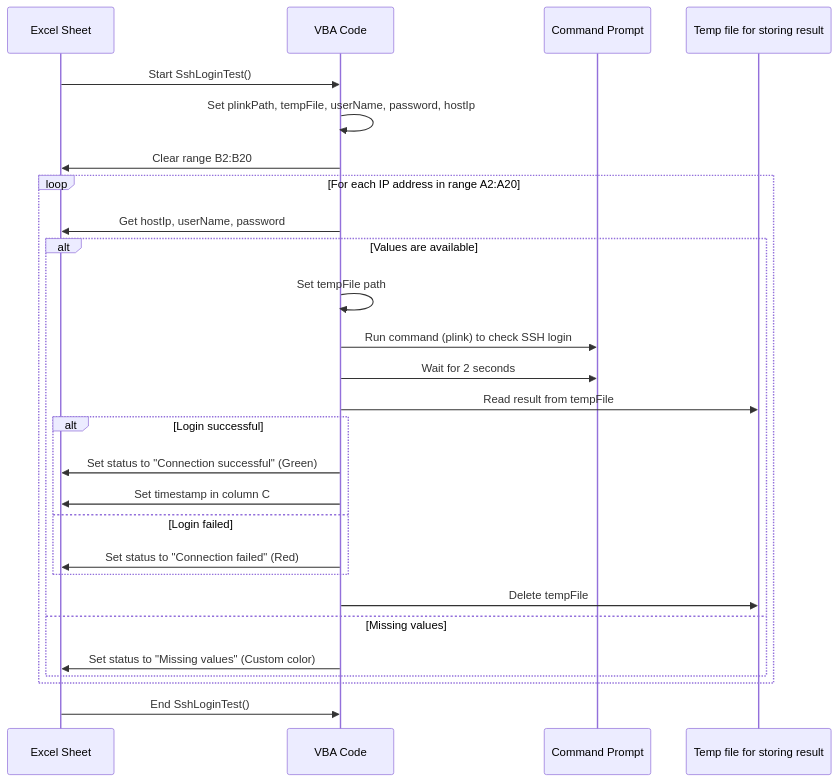
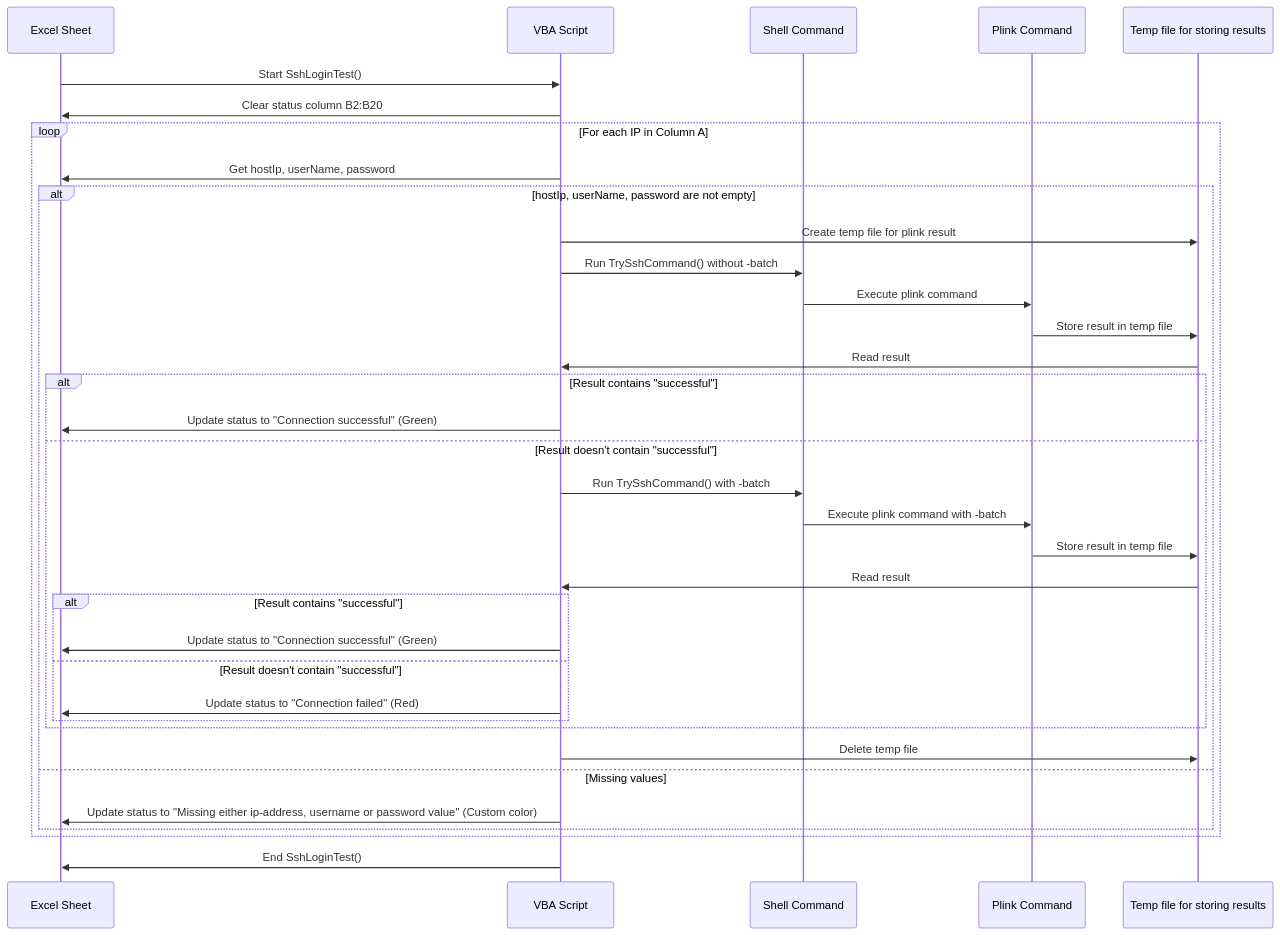
One commit to santhosh2r2/youtube changed the diagram in src/content/docs/general/tips-and-tricks/09-excel-ssh-login-test.mdx. Above: the diagram before and after it, drawn with Mermaid.

Commit message:
[ssh-login] update sequence diagram

````diff
--- a/src/content/docs/general/tips-and-tricks/09-excel-ssh-login-test.mdx
+++ b/src/content/docs/general/tips-and-tricks/09-excel-ssh-login-test.mdx
@@ -30,32 +30,38 @@
 ```mermaid
 sequenceDiagram
     participant Excel as Excel Sheet
-    participant VBA as VBA Code
-    participant Shell as Command Prompt
-    participant FileSystem as Temp file for storing result
+    participant Script as VBA Script
+    participant Shell as Shell Command
+    participant Plink as Plink Command
+    participant TempFile as Temp file for storing results
 
-    Excel->>VBA: Start SshLoginTest()
-    VBA->>VBA: Set plinkPath, tempFile, userName, password, hostIp
-    VBA->>Excel: Clear range B2:B20
-
-    loop For each IP address in range A2:A20
-        VBA->>Excel: Get hostIp, userName, password
-        alt Values are available
-            VBA->>VBA: Set tempFile path
-            VBA->>Shell: Run command (plink) to check SSH login
-            VBA->>Shell: Wait for 2 seconds
-            VBA->>FileSystem: Read result from tempFile
-            alt Login successful
-                VBA->>Excel: Set status to "Connection successful" (Green)
-                VBA->>Excel: Set timestamp in column C
-            else Login failed
-                VBA->>Excel: Set status to "Connection failed" (Red)
+    Excel->>Script: Start SshLoginTest()
+    Script->>Excel: Clear status column B2:B20
+    loop For each IP in Column A
+        Script->>Excel: Get hostIp, userName, password
+        alt hostIp, userName, password are not empty
+            Script->>TempFile: Create temp file for plink result
+            Script->>Shell: Run TrySshCommand() without -batch
+            Shell->>Plink: Execute plink command
+            Plink->>TempFile: Store result in temp file
+            TempFile->>Script: Read result
+            alt Result contains "successful"
+                Script->>Excel: Update status to "Connection successful" (Green)
+            else Result doesn't contain "successful"
+                Script->>Shell: Run TrySshCommand() with -batch
+                Shell->>Plink: Execute plink command with -batch
+                Plink->>TempFile: Store result in temp file
+                TempFile->>Script: Read result
+                alt Result contains "successful"
+                    Script->>Excel: Update status to "Connection successful" (Green)
+                else Result doesn't contain "successful"
+                    Script->>Excel: Update status to "Connection failed" (Red)
+                end
             end
-            VBA->>FileSystem: Delete tempFile
+            Script->>TempFile: Delete temp file
         else Missing values
-            VBA->>Excel: Set status to "Missing values" (Custom color)
+            Script->>Excel: Update status to "Missing either ip-address, username or password value" (Custom color)
         end
     end
-
-    Excel->>VBA: End SshLoginTest()
+    Script->>Excel: End SshLoginTest()
 ```
````
